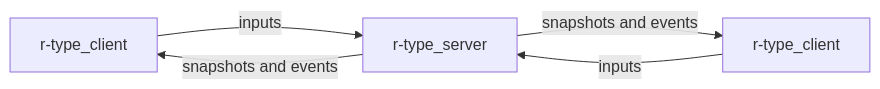
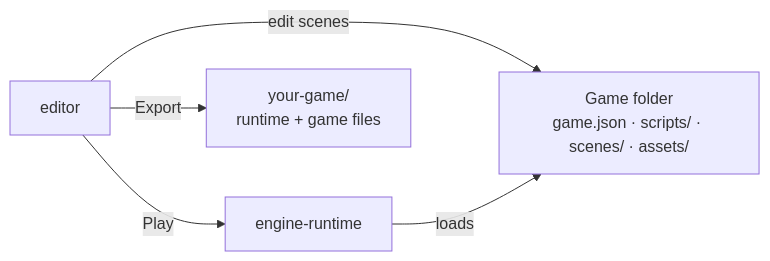
Before and after one commit to Saitamadupauvre/RType: the diagram in docs/index.md, drawn with Mermaid. The commit also changed other lines of this file and 25 other files, not shown here.

````diff
--- a/docs/index.md
+++ b/docs/index.md
@@ -8,7 +8,8 @@
 ```mermaid
 flowchart LR
-    C1[r-type_client] -- inputs --> S[r-type_server]
-    C2[r-type_client] -- inputs --> S
-    S -- snapshots and events --> C1
-    S -- snapshots and events --> C2
+    G[Game folder<br>game.json · scripts/ · scenes/ · assets/]
+    E[editor] -- edit scenes --> G
+    E -- Play --> R[engine-runtime]
+    R -- loads --> G
+    E -- Export --> X[your-game/<br>runtime + game files]
 ```
````
